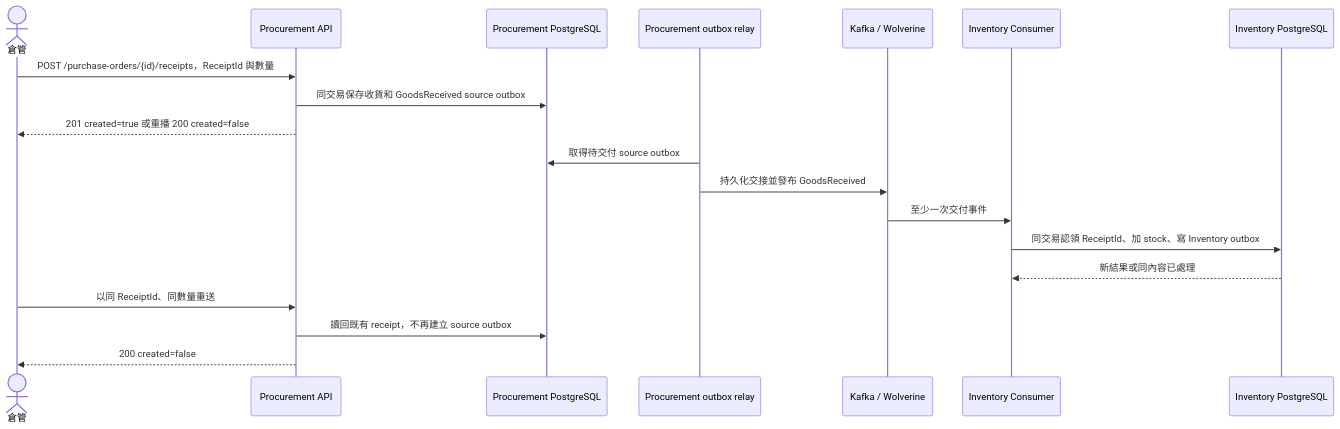
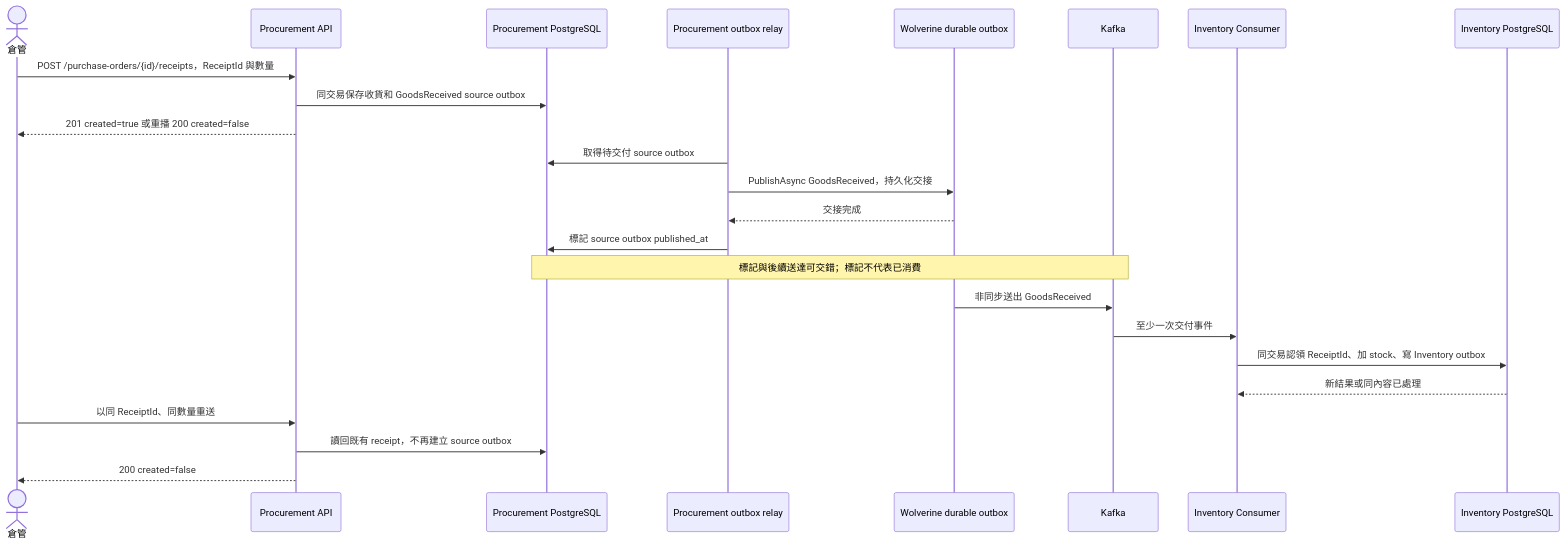
The sixth of 7 diagrams in .dev/guides/external-api-testing/sequences.md (YuChia-Wei/dotnet-distributed-architecture-lab), drawn with Mermaid before and after one commit. The commit also changed other lines of this file and 2 other files, not shown here.

First line of the commit message:
docs(#20): correct lab sequence and deployment paths

````diff
--- a/.dev/guides/external-api-testing/sequences.md
+++ b/.dev/guides/external-api-testing/sequences.md
@@ -126,21 +127,26 @@
 ```mermaid
 sequenceDiagram
   actor User as 倉管
   participant P as Procurement API
   participant PDB as Procurement PostgreSQL
   participant Relay as Procurement outbox relay
-  participant K as Kafka / Wolverine
+  participant W as Wolverine durable outbox
+  participant K as Kafka
   participant C as Inventory Consumer
   participant IDB as Inventory PostgreSQL
   User->>P: POST /purchase-orders/{id}/receipts，ReceiptId 與數量
   P->>PDB: 同交易保存收貨和 GoodsReceived source outbox
   P-->>User: 201 created=true 或重播 200 created=false
   Relay->>PDB: 取得待交付 source outbox
-  Relay->>K: 持久化交接並發布 GoodsReceived
+  Relay->>W: PublishAsync GoodsReceived，持久化交接
+  W-->>Relay: 交接完成
+  Relay->>PDB: 標記 source outbox published_at
+  Note over PDB,K: 標記與後續送達可交錯；標記不代表已消費
+  W->>K: 非同步送出 GoodsReceived
   K->>C: 至少一次交付事件
   C->>IDB: 同交易認領 ReceiptId、加 stock、寫 Inventory outbox
   IDB-->>C: 新結果或同內容已處理
   User->>P: 以同 ReceiptId、同數量重送
   P->>PDB: 讀回既有 receipt，不再建立 source outbox
   P-->>User: 200 created=false
 ```
````
